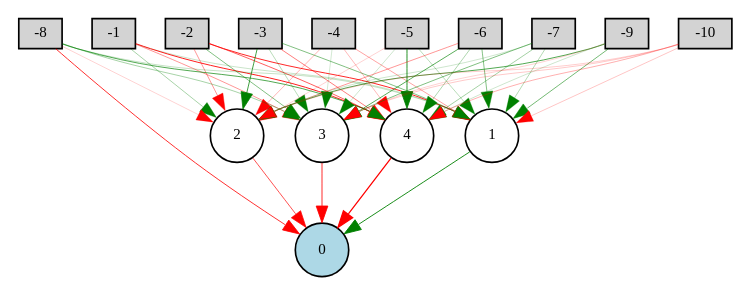
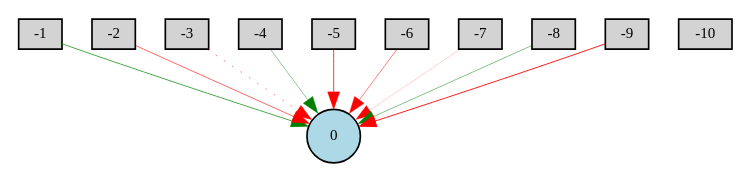
One commit to PabloHernandezUDC/ria2526 changed the diagram in plots/2_2_winner_network.gv. Above: the diagram before and after it, drawn with Graphviz. The commit also changed 17 other files, not shown here.

```diff
--- a/plots/2_2_winner_network.gv
+++ b/plots/2_2_winner_network.gv
@@ -1,63 +1,23 @@
 digraph {
 	node [fontsize=9 height=0.2 shape=circle width=0.2]
 	-1 [fillcolor=lightgray shape=box style=filled]
 	-2 [fillcolor=lightgray shape=box style=filled]
 	-3 [fillcolor=lightgray shape=box style=filled]
 	-4 [fillcolor=lightgray shape=box style=filled]
 	-5 [fillcolor=lightgray shape=box style=filled]
 	-6 [fillcolor=lightgray shape=box style=filled]
 	-7 [fillcolor=lightgray shape=box style=filled]
 	-8 [fillcolor=lightgray shape=box style=filled]
 	-9 [fillcolor=lightgray shape=box style=filled]
 	-10 [fillcolor=lightgray shape=box style=filled]
 	0 [fillcolor=lightblue style=filled]
-	1 [fillcolor=white style=filled]
-	2 [fillcolor=white style=filled]
-	3 [fillcolor=white style=filled]
-	4 [fillcolor=white style=filled]
-	-1 -> 1 [color=green penwidth=0.1262320697603326 style=solid]
-	-1 -> 2 [color=green penwidth=0.20792548925586876 style=solid]
-	-1 -> 3 [color=red penwidth=0.24793138621853425 style=solid]
-	-1 -> 4 [color=red penwidth=0.5344178918733424 style=solid]
-	-2 -> 1 [color=red penwidth=0.5061053846399388 style=solid]
-	-2 -> 2 [color=red penwidth=0.2546326389120287 style=solid]
-	-2 -> 3 [color=green penwidth=0.30299793248770046 style=solid]
-	-2 -> 4 [color=red penwidth=0.3764350111650244 style=solid]
-	-3 -> 1 [color=green penwidth=0.3048244043882552 style=solid]
-	-3 -> 2 [color=green penwidth=0.44630948458733344 style=solid]
-	-3 -> 3 [color=green penwidth=0.16770445690495311 style=solid]
-	-3 -> 4 [color=red penwidth=0.3100353026698681 style=solid]
-	-4 -> 1 [color=red penwidth=0.21613919695057432 style=solid]
-	-4 -> 2 [color=red penwidth=0.17819193385242887 style=solid]
-	-4 -> 3 [color=green penwidth=0.11288103668280489 style=solid]
-	-4 -> 4 [color=red penwidth=0.1677082532732745 style=solid]
-	-5 -> 1 [color=green penwidth=0.17038795991938313 style=solid]
-	-5 -> 2 [color=red penwidth=0.10528416957553788 style=solid]
-	-5 -> 3 [color=green penwidth=0.1216157115736422 style=solid]
-	-5 -> 4 [color=green penwidth=0.5153194794290056 style=solid]
-	-6 -> 1 [color=green penwidth=0.2947258419687614 style=solid]
-	-6 -> 2 [color=red penwidth=0.2504020355084907 style=solid]
-	-6 -> 3 [color=green penwidth=0.3907463073375186 style=solid]
-	-6 -> 4 [color=green penwidth=0.18539738581787724 style=solid]
-	-7 -> 1 [color=green penwidth=0.182837510591446 style=solid]
-	-7 -> 2 [color=green penwidth=0.1179686330397546 style=solid]
-	-7 -> 3 [color=green penwidth=0.3003029217848732 style=solid]
-	-7 -> 4 [color=green penwidth=0.22108999789534262 style=solid]
-	-8 -> 1 [color=green penwidth=0.14158912054239003 style=solid]
-	-8 -> 2 [color=red penwidth=0.10586287086005501 style=solid]
-	-8 -> 3 [color=green penwidth=0.21275875350829027 style=solid]
-	-8 -> 4 [color=green penwidth=0.40878475150864957 style=solid]
-	-9 -> 1 [color=green penwidth=0.3253667296800243 style=solid]
-	-9 -> 2 [color=green penwidth=0.4097577489867761 style=solid]
-	-9 -> 3 [color=red penwidth=0.11172514424921864 style=solid]
-	-9 -> 4 [color=green penwidth=0.11931548492700361 style=solid]
-	-10 -> 1 [color=red penwidth=0.13865708049961106 style=solid]
-	-10 -> 2 [color=red penwidth=0.12205915114768717 style=solid]
-	-10 -> 3 [color=red penwidth=0.1331419312136558 style=solid]
-	-10 -> 4 [color=red penwidth=0.1943452781325768 style=solid]
-	1 -> 0 [color=green penwidth=0.5365243844623697 style=solid]
-	2 -> 0 [color=red penwidth=0.40549534523610486 style=solid]
-	3 -> 0 [color=red penwidth=0.49914904811658956 style=solid]
-	4 -> 0 [color=red penwidth=0.7500242543278783 style=solid]
-	-8 -> 0 [color=red penwidth=0.493971500821592 style=solid]
+	-1 -> 0 [color=green penwidth=0.418864007859886 style=solid]
+	-2 -> 0 [color=red penwidth=0.3574938466279213 style=solid]
+	-3 -> 0 [color=red penwidth=0.31675979227781137 style=dotted]
+	-4 -> 0 [color=green penwidth=0.2609424870574964 style=solid]
+	-5 -> 0 [color=red penwidth=0.46286973906472073 style=solid]
+	-6 -> 0 [color=red penwidth=0.29699292557761325 style=solid]
+	-7 -> 0 [color=red penwidth=0.11105627871789486 style=solid]
+	-8 -> 0 [color=green penwidth=0.29056134359082797 style=solid]
+	-9 -> 0 [color=red penwidth=0.5271029966383934 style=solid]
 }
```
